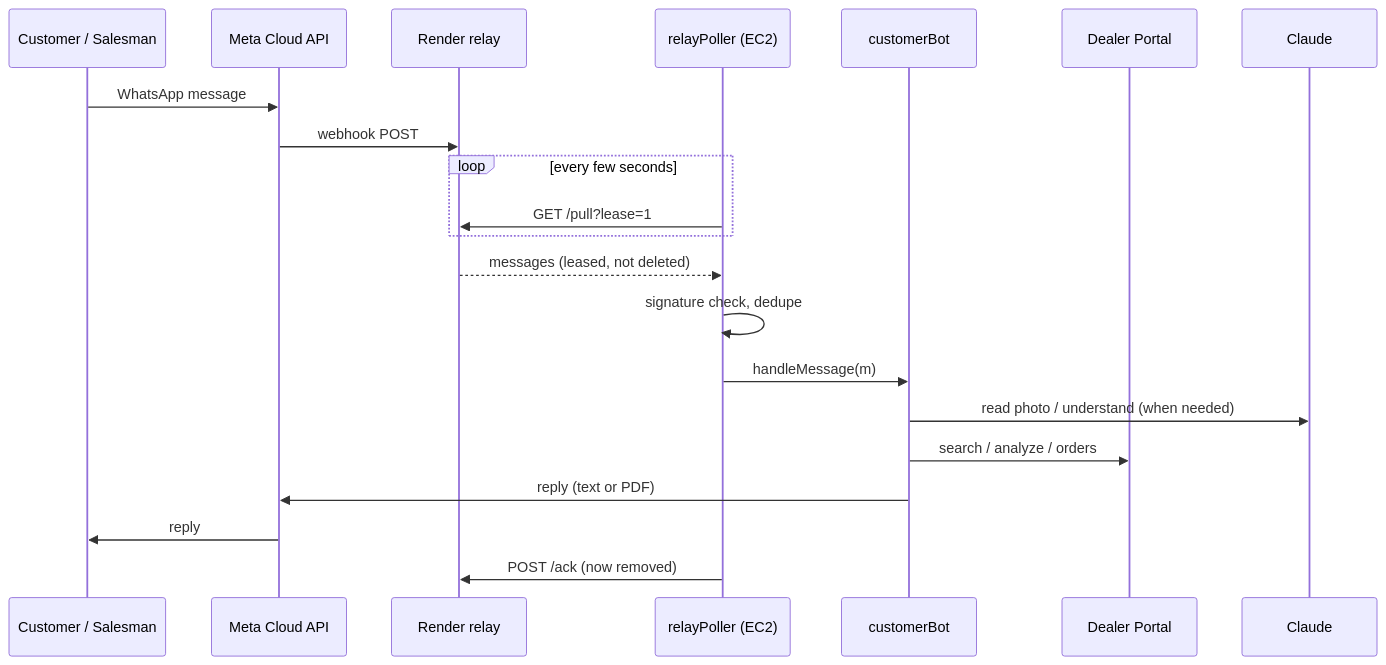
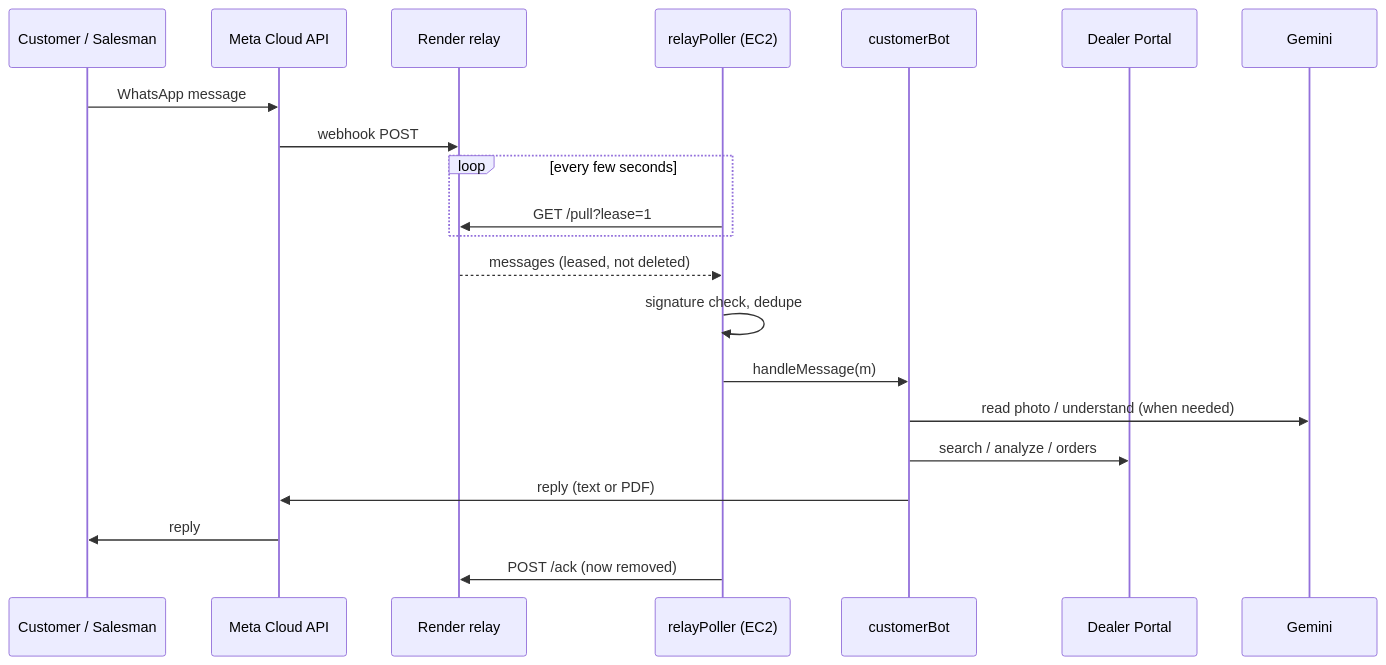
One commit to interns-arch/Autoflow-main changed the second of 6 diagrams in docs/AUTOFLOW_SYSTEM_DESIGN.md. Above: the diagram before and after it, drawn with Mermaid. The commit also changed other lines of this file and 26 other files, not shown here.

````diff
--- a/docs/AUTOFLOW_SYSTEM_DESIGN.md
+++ b/docs/AUTOFLOW_SYSTEM_DESIGN.md
@@ -146,24 +146,24 @@
 ```mermaid
 sequenceDiagram
   participant U as Customer / Salesman
   participant M as Meta Cloud API
   participant R as Render relay
   participant P as relayPoller (EC2)
   participant B as customerBot
   participant DP as Dealer Portal
-  participant AI as Claude
+  participant AI as Gemini
 
   U->>M: WhatsApp message
   M->>R: webhook POST
   loop every few seconds
     P->>R: GET /pull?lease=1
   end
   R-->>P: messages (leased, not deleted)
   P->>P: signature check, dedupe
   P->>B: handleMessage(m)
   B->>AI: read photo / understand (when needed)
   B->>DP: search / analyze / orders
   B->>M: reply (text or PDF)
   M->>U: reply
   P->>R: POST /ack (now removed)
 ```
````
